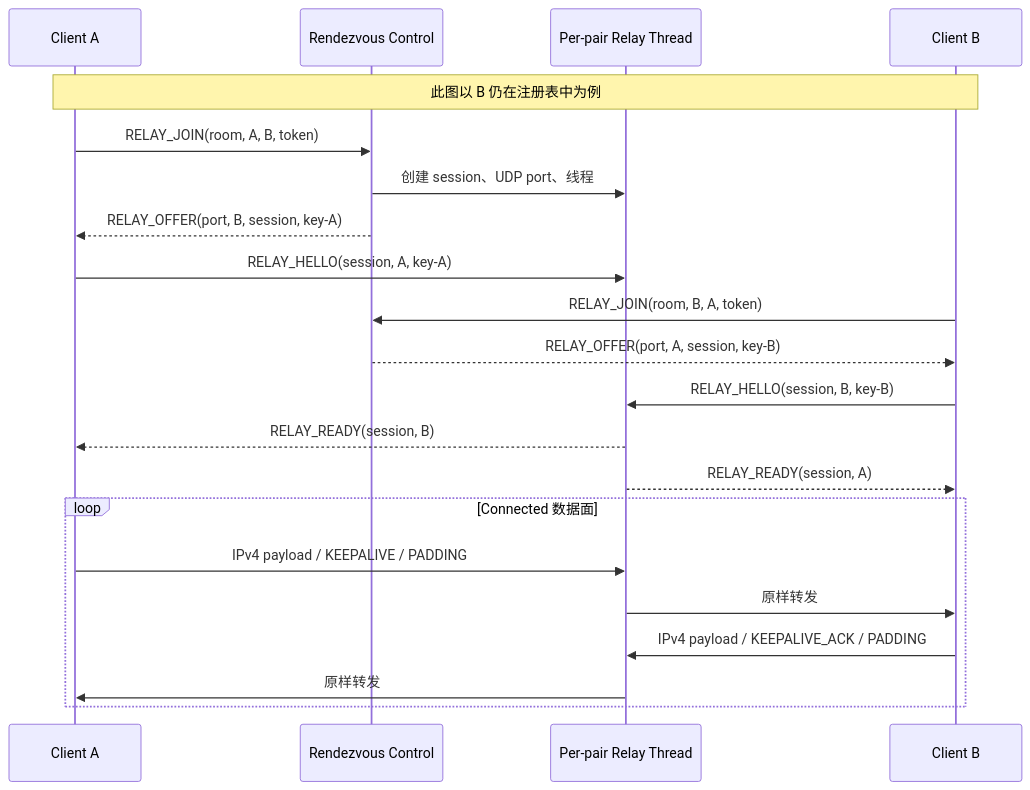
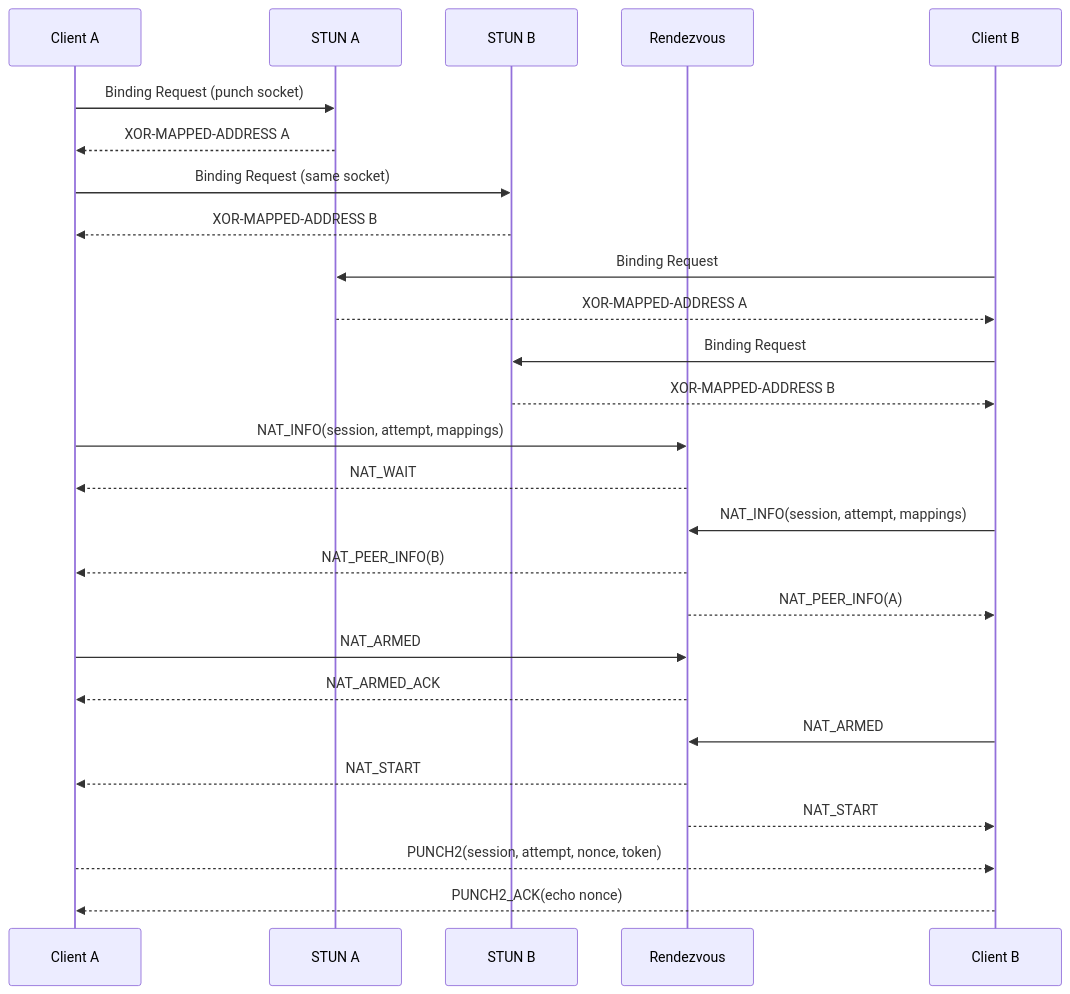
One commit to celeron633/EasyTunnel changed the second of 4 diagrams in doc/state-machine.md. Above: the diagram before and after it, drawn with Mermaid. The commit also changed other lines of this file and 42 other files, not shown here.

Commit message:
feat(nat): replace NAT4 with adaptive STUN punching

````diff
--- a/doc/state-machine.md
+++ b/doc/state-machine.md
@@ -283,27 +51,29 @@
 ```mermaid
 sequenceDiagram
     participant A as Client A
-    participant C as Rendezvous Control
-    participant R as Per-pair Relay Thread
+    participant SA as STUN A
+    participant SB as STUN B
+    participant R as Rendezvous
     participant B as Client B
 
-    Note over A,B: 此图以 B 仍在注册表中为例
-    A->>C: RELAY_JOIN(room, A, B, token)
-    C->>R: 创建 session、UDP port、线程
-    C-->>A: RELAY_OFFER(port, B, session, key-A)
-    A->>R: RELAY_HELLO(session, A, key-A)
-
-    B->>C: RELAY_JOIN(room, B, A, token)
-    C-->>B: RELAY_OFFER(port, A, session, key-B)
-    B->>R: RELAY_HELLO(session, B, key-B)
-
-    R-->>A: RELAY_READY(session, B)
-    R-->>B: RELAY_READY(session, A)
-
-    loop Connected 数据面
-        A->>R: IPv4 payload / KEEPALIVE / PADDING
-        R->>B: 原样转发
-        B->>R: IPv4 payload / KEEPALIVE_ACK / PADDING
-        R->>A: 原样转发
-    end
+    A->>SA: Binding Request (punch socket)
+    SA-->>A: XOR-MAPPED-ADDRESS A
+    A->>SB: Binding Request (same socket)
+    SB-->>A: XOR-MAPPED-ADDRESS B
+    B->>SA: Binding Request
+    SA-->>B: XOR-MAPPED-ADDRESS A
+    B->>SB: Binding Request
+    SB-->>B: XOR-MAPPED-ADDRESS B
+    A->>R: NAT_INFO(session, attempt, mappings)
+    R-->>A: NAT_WAIT
+    B->>R: NAT_INFO(session, attempt, mappings)
+    R-->>A: NAT_PEER_INFO(B)
+    R-->>B: NAT_PEER_INFO(A)
+    A->>R: NAT_ARMED
+    R-->>A: NAT_ARMED_ACK
+    B->>R: NAT_ARMED
+    R-->>A: NAT_START
+    R-->>B: NAT_START
+    A-->>B: PUNCH2(session, attempt, nonce, token)
+    B-->>A: PUNCH2_ACK(echo nonce)
 ```
````
